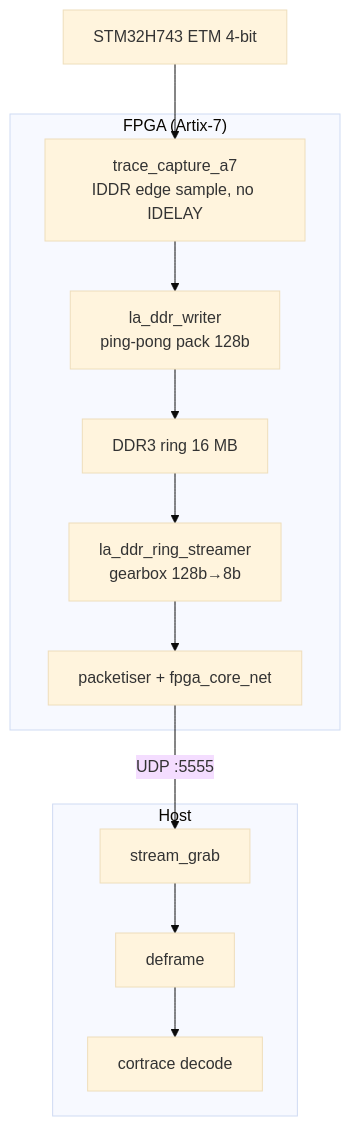
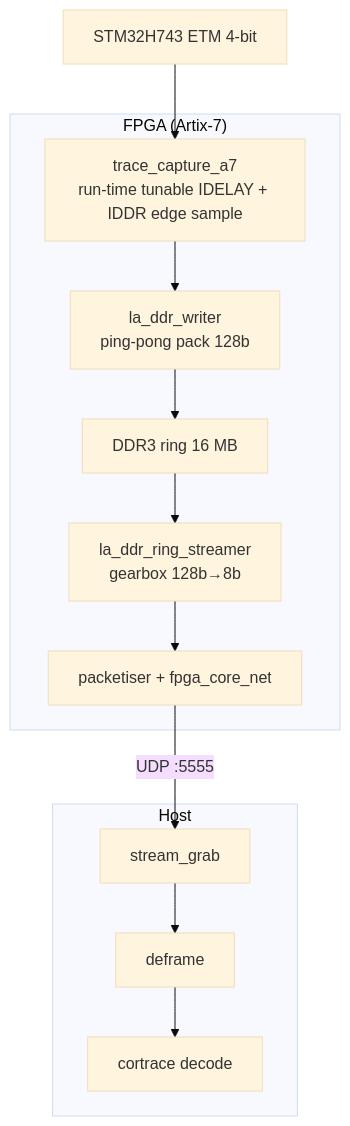
The diagram in README_en.md (cortrace/cortrace-fpga), drawn with Mermaid (base theme) before and after one commit. The commit also changed 8 other files, not shown here.

First line of the commit message:
feat(rtl): tune the trace data lanes with a run-time IDELAY

````diff
--- a/README_en.md
+++ b/README_en.md
@@ -8,24 +8,24 @@
 ```mermaid
 flowchart TD
-    ETM["STM32H743 ETM 4-bit"] --> CAP["trace_capture_a7<br/>IDDR edge sample, no IDELAY"]
+    ETM["STM32H743 ETM 4-bit"] --> CAP["trace_capture_a7<br/>run-time tunable IDELAY + IDDR edge sample"]
     CAP --> WR["la_ddr_writer<br/>ping-pong pack 128b"]
     WR --> RING["DDR3 ring 16 MB"]
     RING --> STR["la_ddr_ring_streamer<br/>gearbox 128b→8b"]
     STR --> NET["packetiser + fpga_core_net"]
     NET -->|"UDP :5555"| GRAB["stream_grab"]
     GRAB --> DEFRAME["deframe"]
     DEFRAME --> CORTRACE["cortrace decode"]
 
     subgraph FPGA["FPGA (Artix-7)"]
         CAP
         WR
         RING
         STR
         NET
     end
     subgraph HOST["Host"]
         GRAB
         DEFRAME
         CORTRACE
     end
 ```
````
